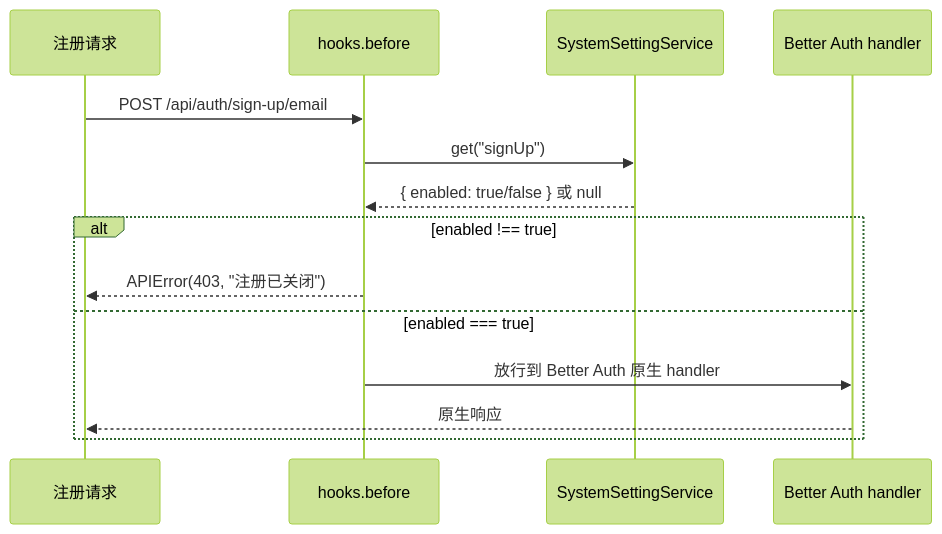
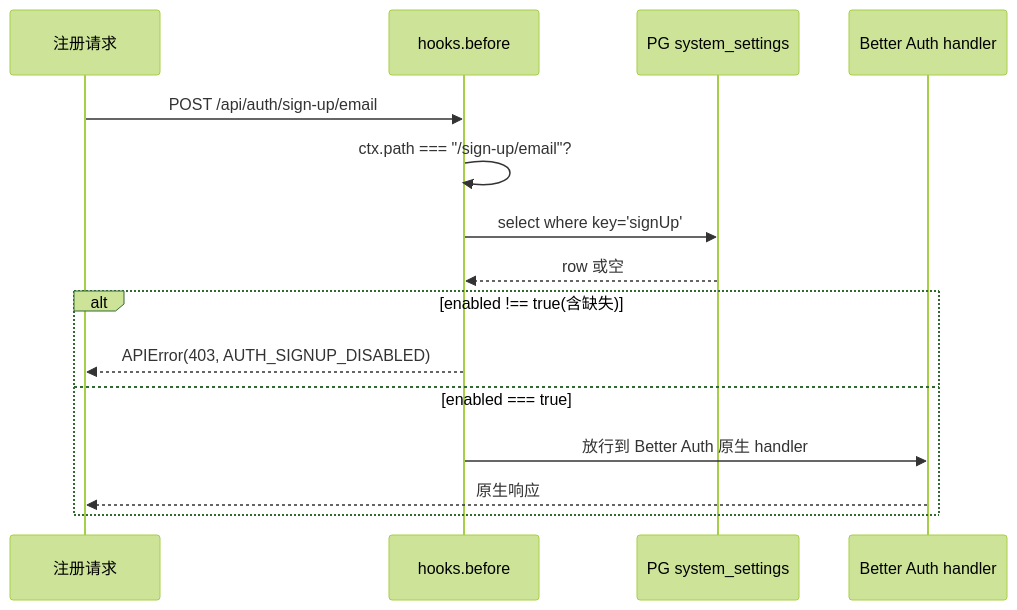
One commit to zzwtsy/hono-openapi-starter changed the second of 2 diagrams in docs/features/backend/system-settings.md. Above: the diagram before and after it, drawn with Mermaid (forest theme). The commit also changed other lines of this file and 21 other files, not shown here.

First line of the commit message:
feat(backend): system-settings feature + sign-up 运行时开关 (#13)

````diff
--- a/docs/features/backend/system-settings.md
+++ b/docs/features/backend/system-settings.md
@@ -81,17 +83,18 @@
 ```mermaid
 sequenceDiagram
   participant Client as 注册请求
   participant Hook as hooks.before
-  participant Service as SystemSettingService
+  participant DB as PG system_settings
   participant BA as Better Auth handler
 
   Client->>Hook: POST /api/auth/sign-up/email
-  Hook->>Service: get("signUp")
-  Service-->>Hook: { enabled: true/false } 或 null
-  alt enabled !== true
-    Hook-->>Client: APIError(403, "注册已关闭")
+  Hook->>Hook: ctx.path === "/sign-up/email"?
+  Hook->>DB: select where key='signUp'
+  DB-->>Hook: row 或空
+  alt enabled !== true(含缺失)
+    Hook-->>Client: APIError(403, AUTH_SIGNUP_DISABLED)
   else enabled === true
     Hook->>BA: 放行到 Better Auth 原生 handler
     BA-->>Client: 原生响应
   end
 ```
````
